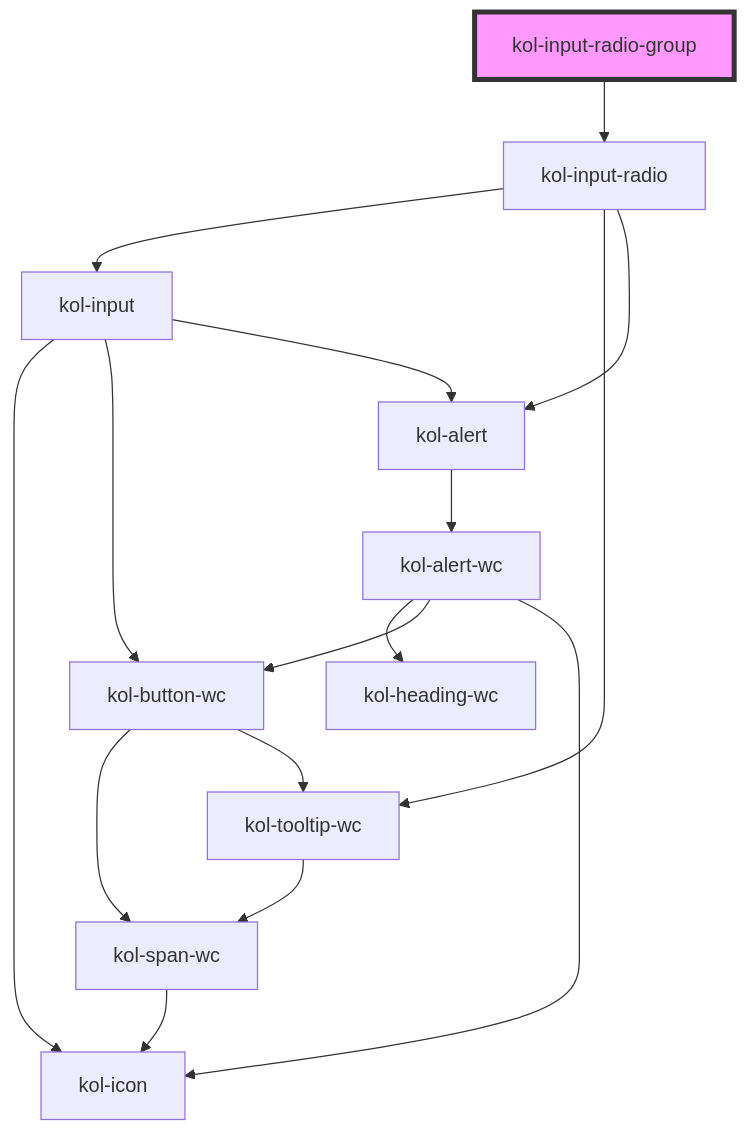
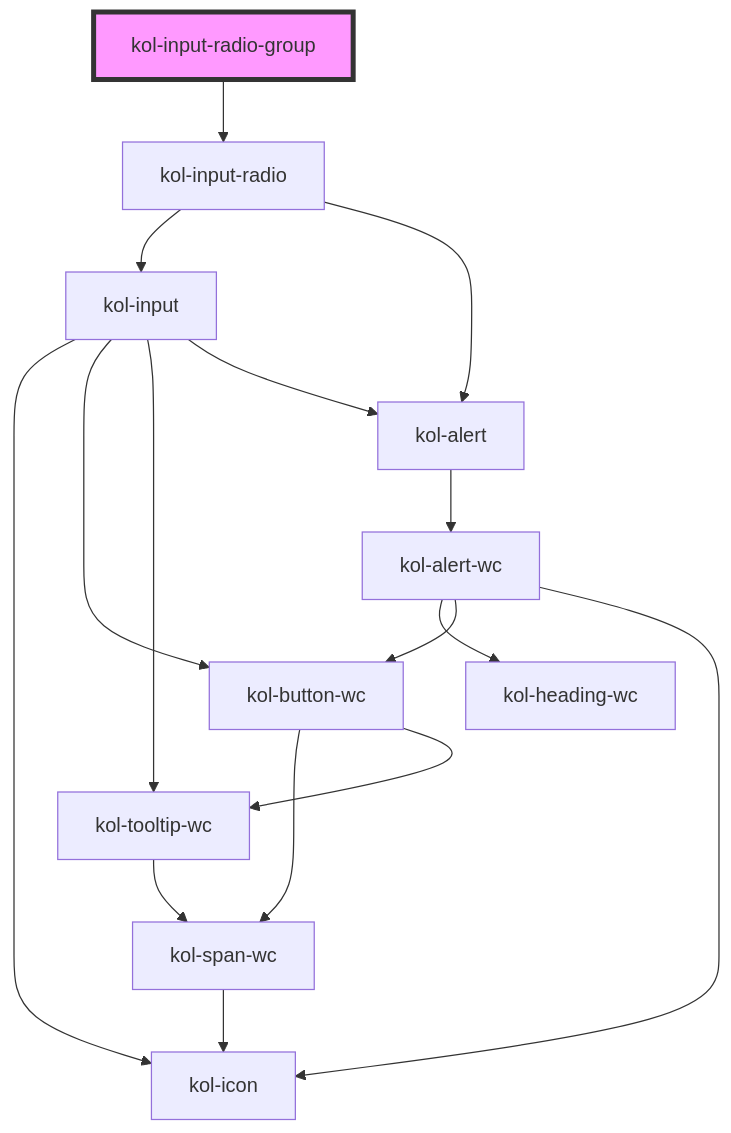
The diagram in packages/components/src/components/input-radio-group/readme.md (public-ui/kolibri), drawn with Mermaid before and after one commit. The commit also changed 69 other files, not shown here.

Commit message:
refactor: input tooltip samples

````diff
--- a/packages/components/src/components/input-radio-group/readme.md
+++ b/packages/components/src/components/input-radio-group/readme.md
@@ -36,19 +36,19 @@
 ```mermaid
 graph TD;
   kol-input-radio-group --> kol-input-radio
   kol-input-radio --> kol-input
-  kol-input-radio --> kol-tooltip-wc
   kol-input-radio --> kol-alert
   kol-input --> kol-icon
   kol-input --> kol-button-wc
+  kol-input --> kol-tooltip-wc
   kol-input --> kol-alert
   kol-button-wc --> kol-span-wc
   kol-button-wc --> kol-tooltip-wc
   kol-span-wc --> kol-icon
   kol-tooltip-wc --> kol-span-wc
   kol-alert --> kol-alert-wc
   kol-alert-wc --> kol-heading-wc
   kol-alert-wc --> kol-button-wc
   kol-alert-wc --> kol-icon
   style kol-input-radio-group fill:#f9f,stroke:#333,stroke-width:4px
 ```
````
